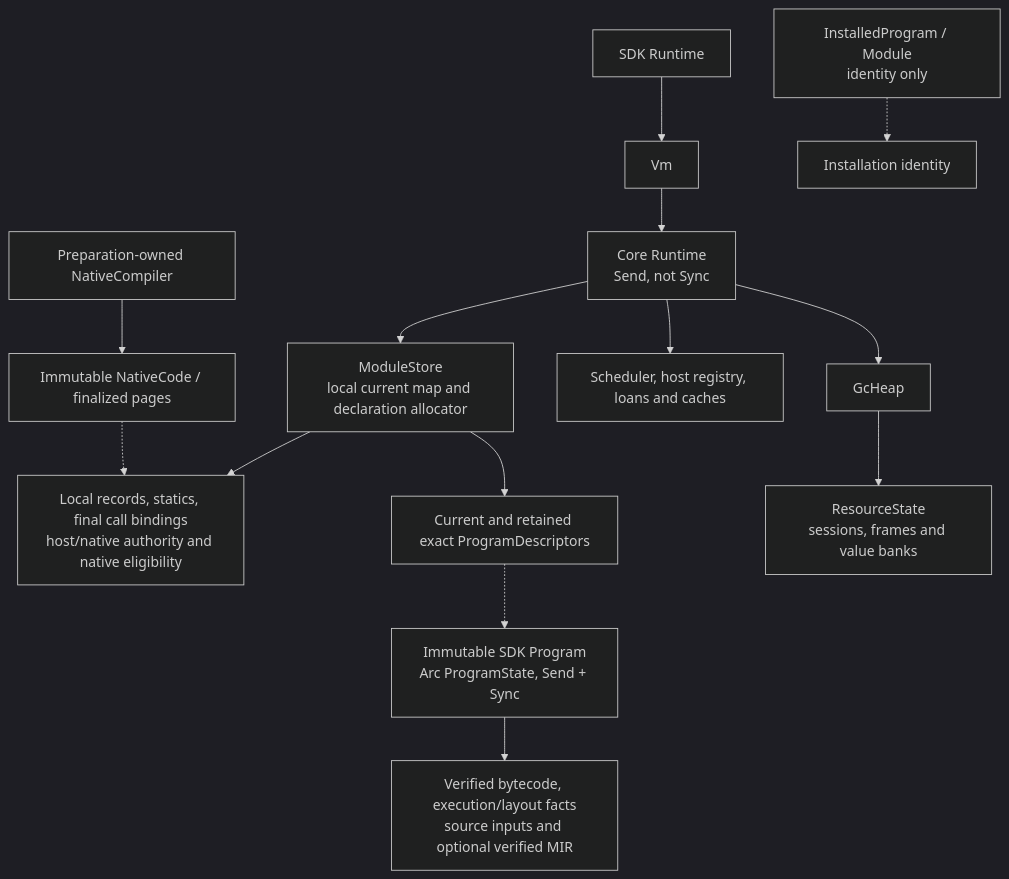
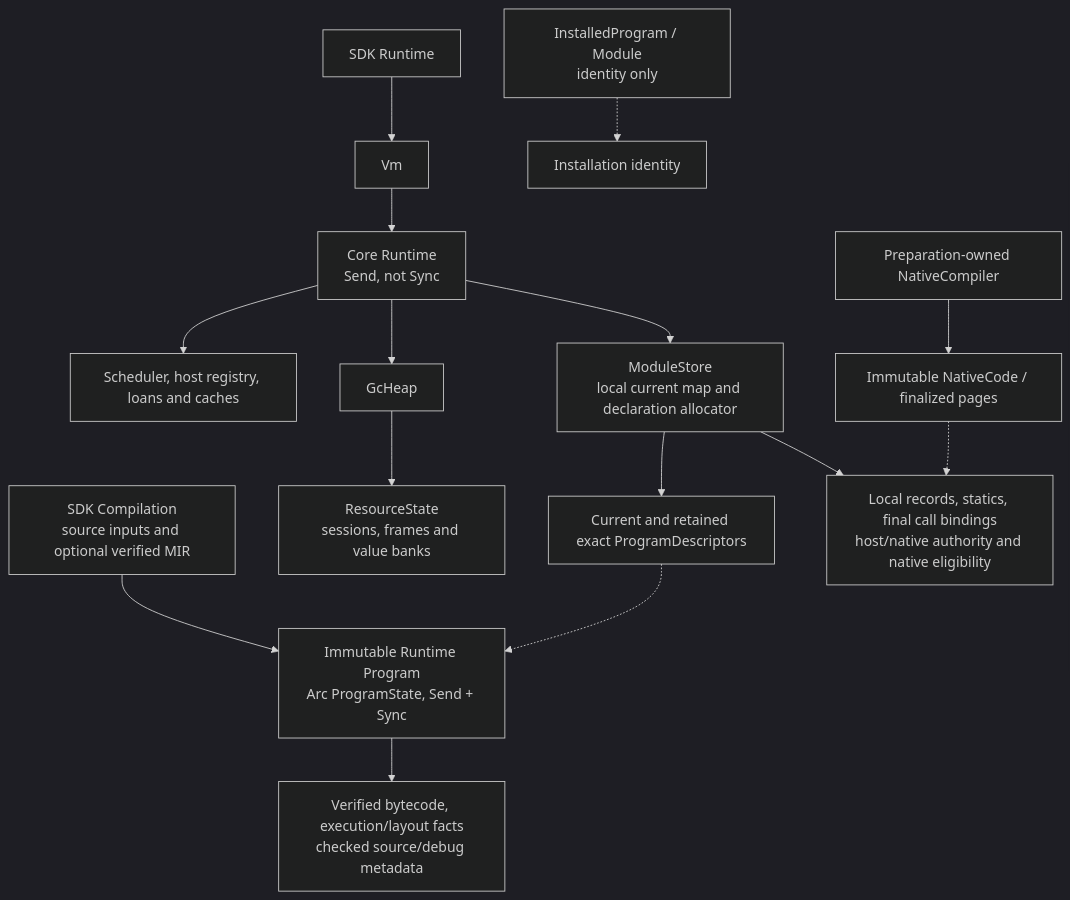
The first of 3 diagrams in docs/architecture/runtime.md (kagari-lang/kagari), drawn with Mermaid (dark theme) before and after one commit. The commit also changed other lines of this file and 82 other files, not shown here.

````diff
--- a/docs/architecture/runtime.md
+++ b/docs/architecture/runtime.md
@@ -21,16 +21,16 @@
 ```mermaid
 flowchart TD
-    PRODUCT["Immutable SDK Program<br/>Arc ProgramState, Send + Sync"] --> CODE["Verified bytecode, execution/layout facts<br/>source inputs and optional verified MIR"]
+    PREP["SDK Compilation<br/>source inputs and optional verified MIR"] --> PRODUCT["Immutable Runtime Program<br/>Arc ProgramState, Send + Sync"] --> CODE["Verified bytecode, execution/layout facts<br/>checked source/debug metadata"]
     SDK["SDK Runtime"] --> VM["Vm"]
     VM --> RT["Core Runtime<br/>Send, not Sync"]
     RT --> STORE["ModuleStore<br/>local current map and declaration allocator"]
     STORE --> RECORD["Local records, statics, final call bindings<br/>host/native authority and native eligibility"]
     STORE --> DESC["Current and retained exact ProgramDescriptors"]
     DESC -.-> PRODUCT
     HANDLE["InstalledProgram / Module<br/>identity only"] -.-> ID["Installation identity"]
     RT --> GC["GcHeap"]
     GC --> RESOURCE["ResourceState<br/>sessions, frames and value banks"]
     RT --> SERVICE["Scheduler, host registry, loans and caches"]
     COMPILER["Preparation-owned NativeCompiler"] --> PAGES["Immutable NativeCode / finalized pages"]
     PAGES -.-> RECORD
 ```
````
